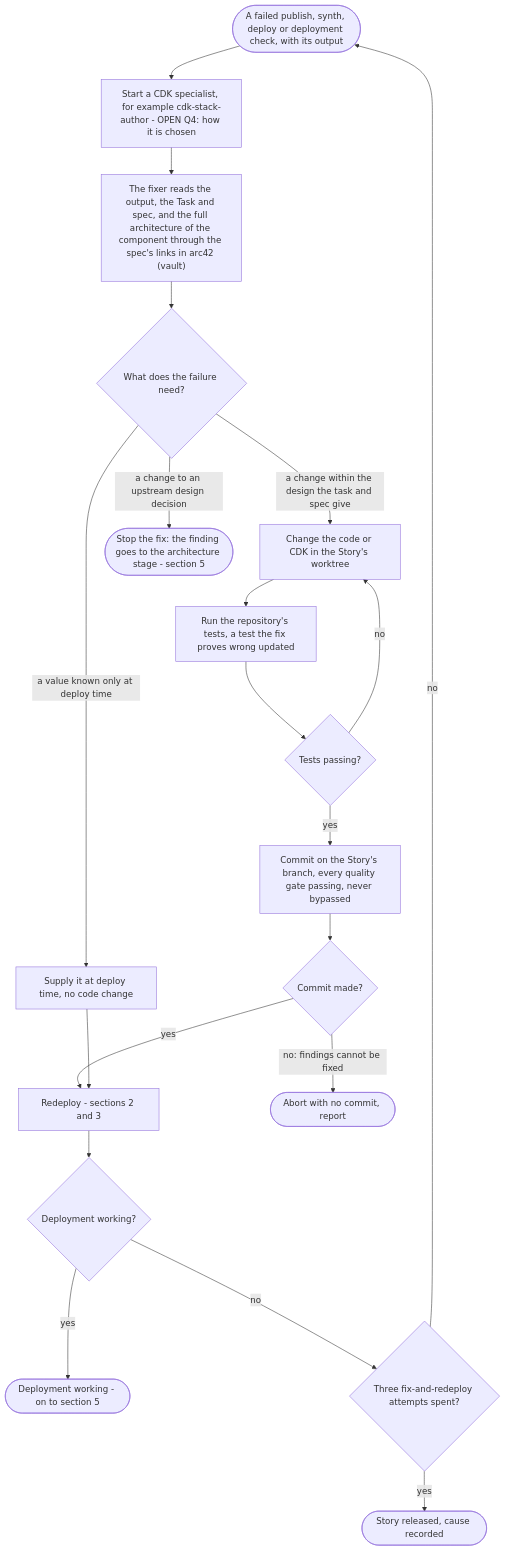
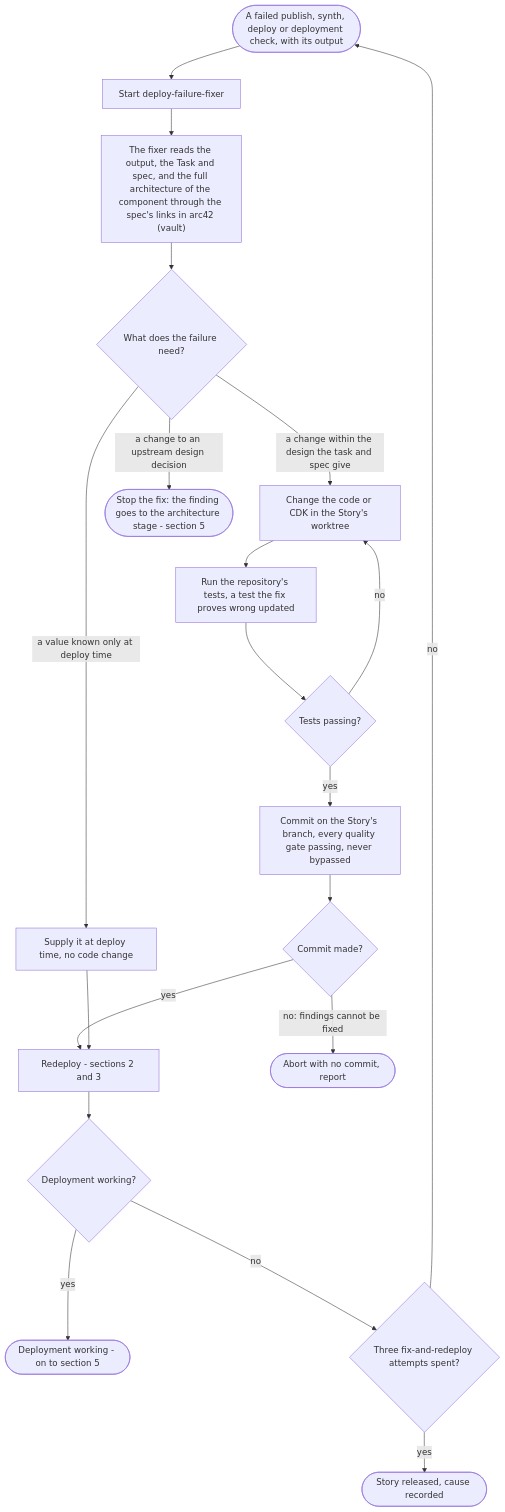
The fourth of 9 diagrams in plugins/agent-teams-workforce/blueprint/design/pipelines-deploy.md (mark-satterfield/toolset), drawn with Mermaid before and after one commit. The commit also changed other lines of this file and 10 other files, not shown here.

First line of the commit message:
refactor(agent-teams-workforce): split the dev deploy and the deploy fix out of cdk-stack-author

````diff
--- a/plugins/agent-teams-workforce/blueprint/design/pipelines-deploy.md
+++ b/plugins/agent-teams-workforce/blueprint/design/pipelines-deploy.md
@@ -300,22 +300,22 @@
 ```mermaid
 flowchart TD
-    in(["A failed publish, synth, deploy or deployment check, with its output"]) --> who["Start a CDK specialist, for example cdk-stack-author - OPEN Q4: how it is chosen"]
+    in(["A failed publish, synth, deploy or deployment check, with its output"]) --> who["Start deploy-failure-fixer"]
     who --> ctx["The fixer reads the output, the Task and spec, and the full architecture of the component through the spec's links in arc42 (vault)"]
     ctx --> cause{"What does the failure need?"}
     cause -->|"a change within the design the task and spec give"| change["Change the code or CDK in the Story's worktree"]
     cause -->|"a change to an upstream design decision"| design(["Stop the fix: the finding goes to the architecture stage - section 5"])
     cause -->|"a value known only at deploy time"| dt["Supply it at deploy time, no code change"]
     change --> tests["Run the repository's tests, a test the fix proves wrong updated"]
     tests --> green{"Tests passing?"}
     green -->|"no"| change
     green -->|"yes"| commit["Commit on the Story's branch, every quality gate passing, never bypassed"]
     commit --> gate{"Commit made?"}
     gate -->|"yes"| redeploy["Redeploy - sections 2 and 3"]
     gate -->|"no: findings cannot be fixed"| abort(["Abort with no commit, report"])
     dt --> redeploy
     redeploy --> rd{"Deployment working?"}
     rd -->|"yes"| okEnd(["Deployment working - on to section 5"])
     rd -->|"no"| att{"Three fix-and-redeploy attempts spent?"}
     att -->|"no"| in
     att -->|"yes"| released(["Story released, cause recorded"])
 ```
````
